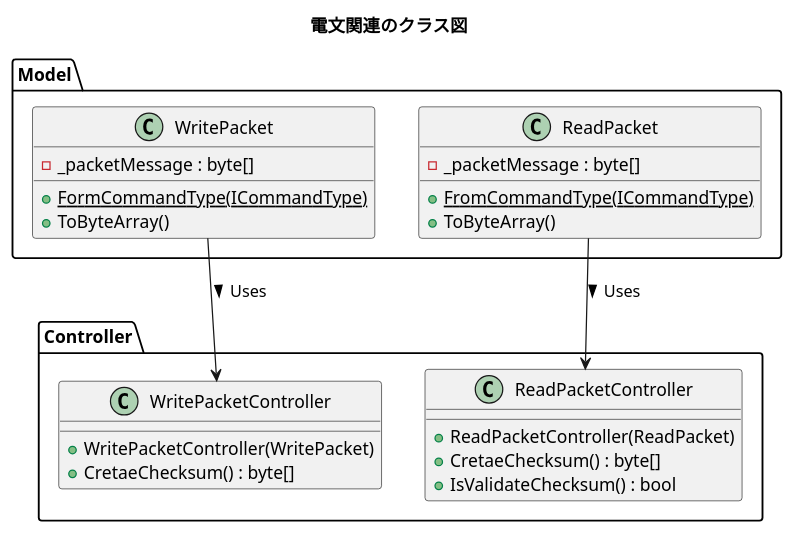
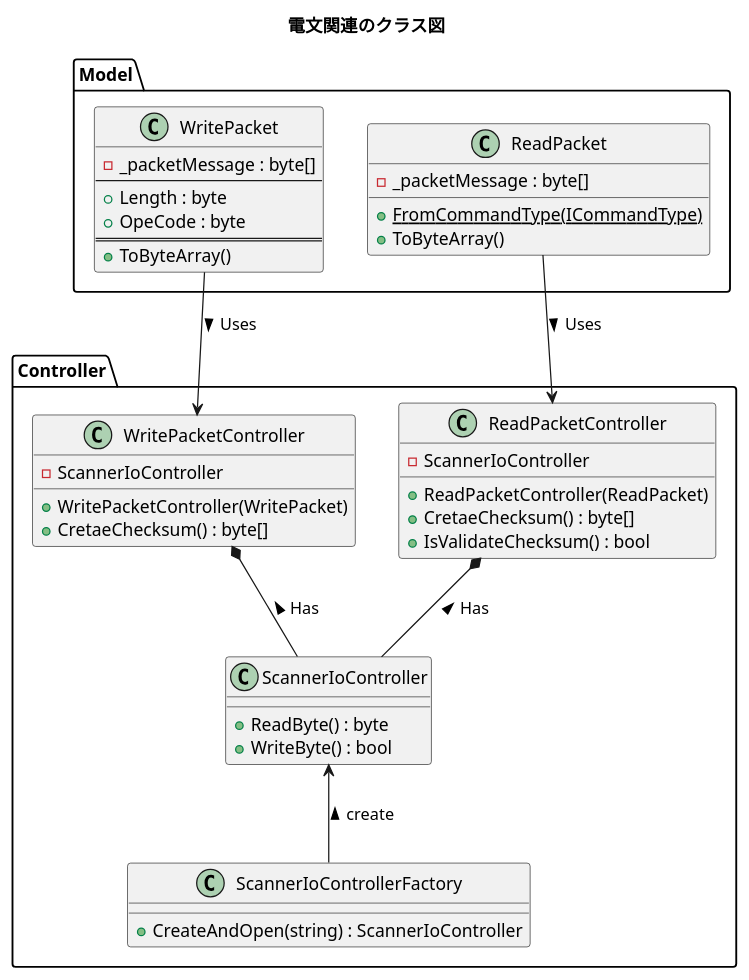
The first of 2 diagrams in UML/C001_クラス図.puml (nakagawa-takayoshi/work-uml), drawn with PlantUML before and after one commit. The commit also changed 1 other file, not shown here.

```diff
--- a/UML/C001_クラス図.puml
+++ b/UML/C001_クラス図.puml
@@ -1,46 +1,68 @@
 @startuml
 
 
 title 電文関連のクラス図
 
-namespace Model {
+package Model {
 
     class WritePacket
     {
         - _packetMessage : byte[]
-        + {static} FormCommandType(ICommandType)
+        --
+        + Length : byte
+        + OpeCode : byte
+        ==
         + ToByteArray()        
     }
 
 
     class ReadPacket
     {
         - _packetMessage : byte[]
         + {static} FromCommandType(ICommandType)
         + ToByteArray()
     }
 
 
 }
 
 
-namespace Controller {
+package Controller {
     class WritePacketController
     {
+        - ScannerIoController
         + WritePacketController(WritePacket)
         + CretaeChecksum() : byte[]
     }
 
     class ReadPacketController
     {
+        - ScannerIoController
         + ReadPacketController(ReadPacket)
         + CretaeChecksum() : byte[]
         + IsValidateChecksum() : bool
     }
+
+    class ScannerIoController
+    {
+        + ReadByte() : byte
+        + WriteByte() : bool
+    }
+
+    class ScannerIoControllerFactory
+    {
+        + CreateAndOpen(string) : ScannerIoController
+    }
 }
 
-Model.WritePacket -down-> Controller.WritePacketController : Uses >
+WritePacket -down-> WritePacketController : Uses >
 
-Model.ReadPacket -down-> Controller.ReadPacketController : Uses >
+ReadPacket -down-> ReadPacketController : Uses >
+
+ScannerIoControllerFactory -up-> ScannerIoController : create >
+
+ScannerIoController -up-* WritePacketController : Has >
+
+ScannerIoController -up-* ReadPacketController : Has >
 
 @enduml
```
